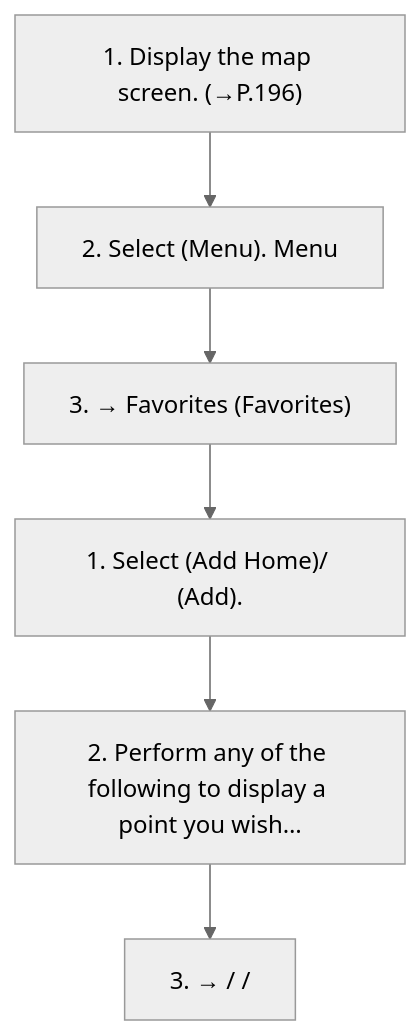
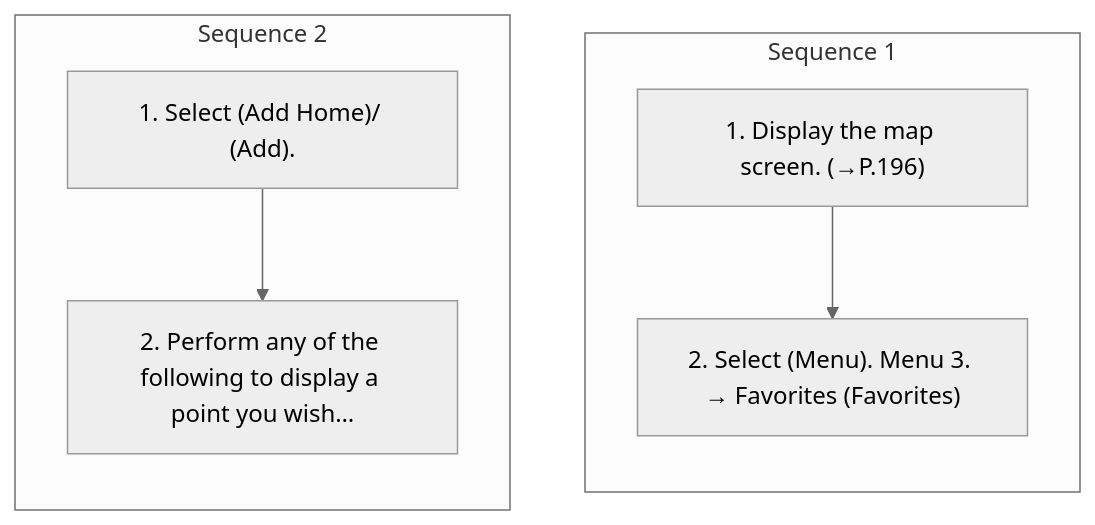
Before and after one commit to Chieko-Y/my-spec-generator: the diagram in workspace/subaru/outback-2025/ivi/published/navigation-system-if-equipped/11-favorites-screen.md, drawn with Mermaid (neutral theme). The commit also changed other lines of this file and 268 other files, not shown here.

````diff
--- a/workspace/subaru/outback-2025/ivi/published/navigation-system-if-equipped/11-favorites-screen.md
+++ b/workspace/subaru/outback-2025/ivi/published/navigation-system-if-equipped/11-favorites-screen.md
@@ -17,14 +17,15 @@
 ```mermaid
 flowchart TD
-    S1["1. Display the map screen. (→P.196)"]
-    S2["2. Select (Menu). Menu"]
-    S3["3. → Favorites (Favorites)"]
-    S4["1. Select (Add Home)/ (Add)."]
-    S5["2. Perform any of the following to display a point you wish…"]
-    S6["3. → / /"]
-    S1 --> S2
-    S2 --> S3
-    S3 --> S4
-    S4 --> S5
-    S5 --> S6
+    subgraph SEQ1["Sequence 1"]
+    direction TB
+    S1_1["1. Display the map screen. (→P.196)"]
+    S1_2["2. Select (Menu). Menu 3. → Favorites (Favorites)"]
+    S1_1 --> S1_2
+    end
+    subgraph SEQ2["Sequence 2"]
+    direction TB
+    S2_1["1. Select (Add Home)/ (Add)."]
+    S2_2["2. Perform any of the following to display a point you wish…"]
+    S2_1 --> S2_2
+    end
 ```
````
